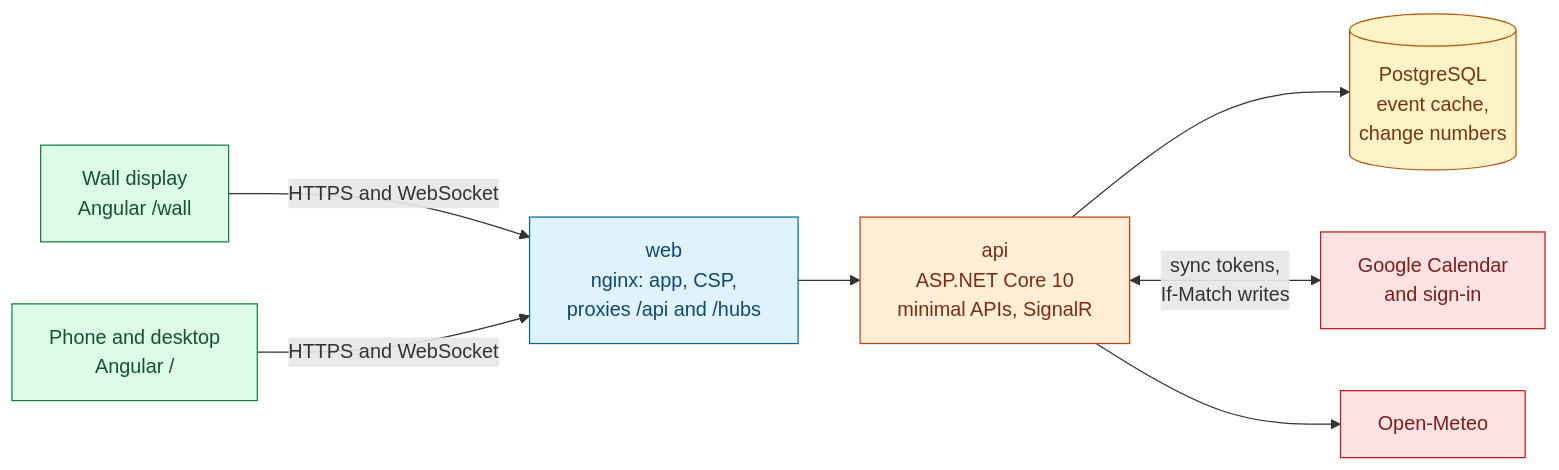
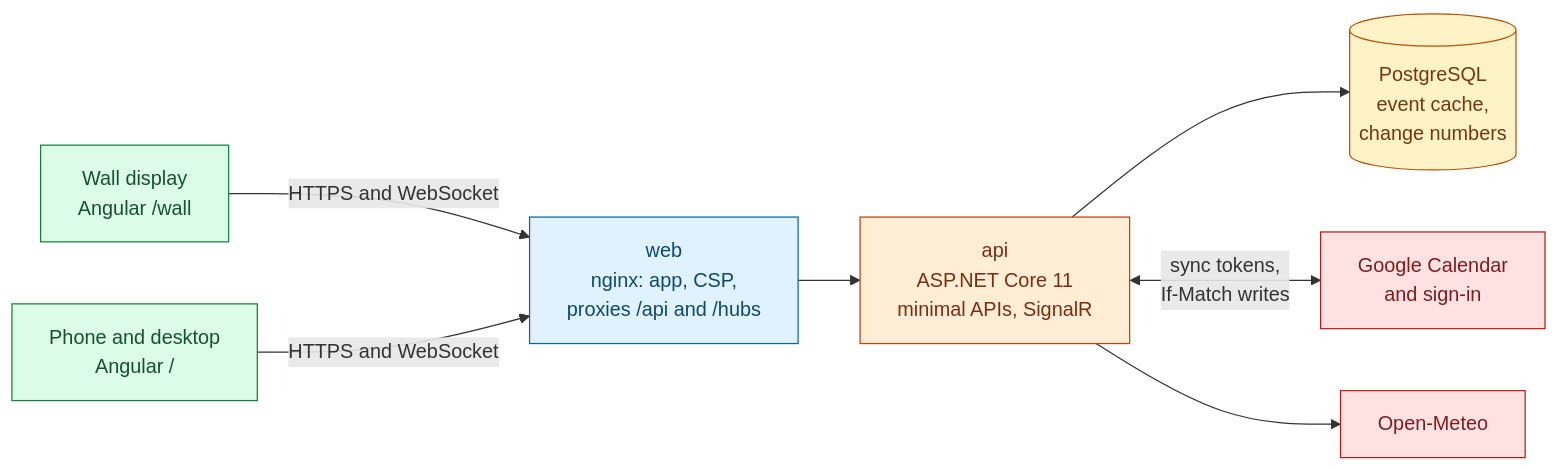
The diagram in README.md (natezimm/wheelhouse), drawn with Mermaid before and after one commit. The commit also changed other lines of this file and 29 other files, not shown here.

````diff
--- a/README.md
+++ b/README.md
@@ -46,26 +46,26 @@
 ```mermaid
 flowchart LR
   Wall["Wall display<br/>Angular /wall"]
   Phone["Phone and desktop<br/>Angular /"]
   Web["web<br/>nginx: app, CSP,<br/>proxies /api and /hubs"]
-  Api["api<br/>ASP.NET Core 10<br/>minimal APIs, SignalR"]
+  Api["api<br/>ASP.NET Core 11<br/>minimal APIs, SignalR"]
   Db[("PostgreSQL<br/>event cache,<br/>change numbers")]
   Google["Google Calendar<br/>and sign-in"]
   Meteo["Open-Meteo"]
 
   Wall & Phone -->|"HTTPS and WebSocket"| Web --> Api
   Api --> Db
   Api <-->|"sync tokens,<br/>If-Match writes"| Google
   Api --> Meteo
 
   classDef client fill:#dcfce7,stroke:#15803d,color:#14532d
   classDef site fill:#e0f2fe,stroke:#0369a1,color:#0c4a6e
   classDef server fill:#ffedd5,stroke:#c2410c,color:#7c2d12
   classDef data fill:#fef3c7,stroke:#b45309,color:#78350f
   classDef external fill:#fee2e2,stroke:#b91c1c,color:#7f1d1d
   class Wall,Phone client
   class Web site
   class Api server
   class Db data
   class Google,Meteo external
 ```
````
